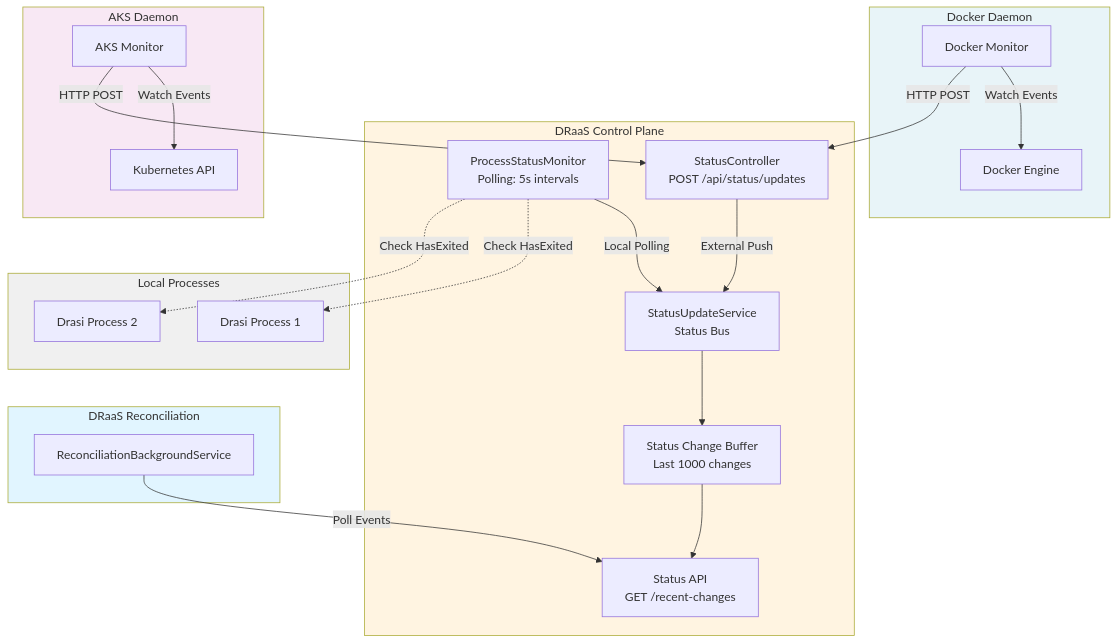
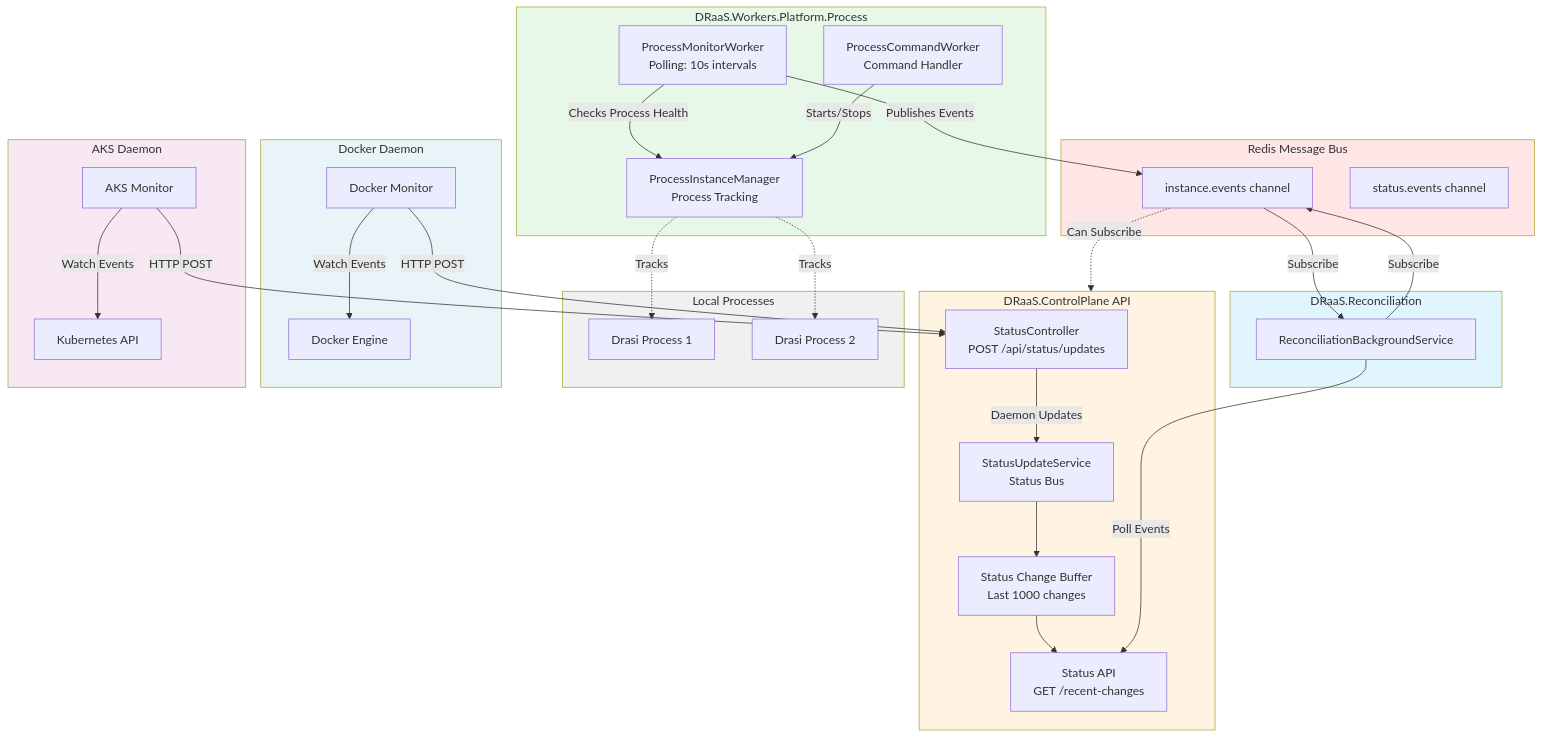
The diagram in src/DRaaS.Core/DISTRIBUTED_MONITORING.md (samirbanjanovic/draas), drawn with Mermaid before and after one commit. The commit also changed other lines of this file and 4 other files, not shown here.

First line of the commit message:
Refactor docs for distributed message bus architecture

````diff
--- a/src/DRaaS.Core/DISTRIBUTED_MONITORING.md
+++ b/src/DRaaS.Core/DISTRIBUTED_MONITORING.md
@@ -12,47 +14,66 @@
 ```mermaid
 graph TB
-    subgraph ControlPlane["DRaaS Control Plane"]
+    subgraph MessageBus["Redis Message Bus"]
+        InstanceEvents[instance.events channel]
+        StatusEvents[status.events channel]
+    end
+
+    subgraph ProcessWorker["DRaaS.Workers.Platform.Process"]
+        PMW[ProcessMonitorWorker<br/>Polling: 10s intervals]
+        PCW[ProcessCommandWorker<br/>Command Handler]
+        PIM[ProcessInstanceManager<br/>Process Tracking]
+
+        PMW -->|Checks Process Health| PIM
+        PMW -->|Publishes Events| InstanceEvents
+        PCW -->|Starts/Stops| PIM
+    end
+
+    subgraph ControlPlane["DRaaS.ControlPlane API"]
+        SC[StatusController<br/>POST /api/status/updates]
         SUS[StatusUpdateService<br/>Status Bus]
-        PM[ProcessStatusMonitor<br/>Polling: 5s intervals]
-        SC[StatusController<br/>POST /api/status/updates]
         Buffer[Status Change Buffer<br/>Last 1000 changes]
         API[Status API<br/>GET /recent-changes]
 
-        PM -->|Local Polling| SUS
-        SC -->|External Push| SUS
+        SC -->|Daemon Updates| SUS
         SUS --> Buffer
         Buffer --> API
     end
 
-    subgraph Reconciliation["DRaaS Reconciliation"]
+    subgraph Reconciliation["DRaaS.Reconciliation"]
         RecSvc[ReconciliationBackgroundService]
         RecSvc -->|Poll Events| API
+        RecSvc -->|Subscribe| InstanceEvents
     end
 
     subgraph Processes["Local Processes"]
         P1[Drasi Process 1]
         P2[Drasi Process 2]
-        PM -.->|Check HasExited| P1
-        PM -.->|Check HasExited| P2
+        PIM -.->|Tracks| P1
+        PIM -.->|Tracks| P2
     end
 
     subgraph DockerDaemon["Docker Daemon"]
         DD[Docker Monitor]
         DE[Docker Engine]
         DD -->|Watch Events| DE
         DD -->|HTTP POST| SC
     end
 
     subgraph AKSDaemon["AKS Daemon"]
         AD[AKS Monitor]
         K8S[Kubernetes API]
         AD -->|Watch Events| K8S
         AD -->|HTTP POST| SC
     end
 
+    InstanceEvents -->|Subscribe| RecSvc
+    InstanceEvents -.->|Can Subscribe| ControlPlane
+
+    style MessageBus fill:#ffe6e6
+    style ProcessWorker fill:#e8f8e8
     style ControlPlane fill:#fff4e1
     style Reconciliation fill:#e1f5ff
     style Processes fill:#f0f0f0
     style DockerDaemon fill:#e8f4f8
     style AKSDaemon fill:#f8e8f4
 ```
````
